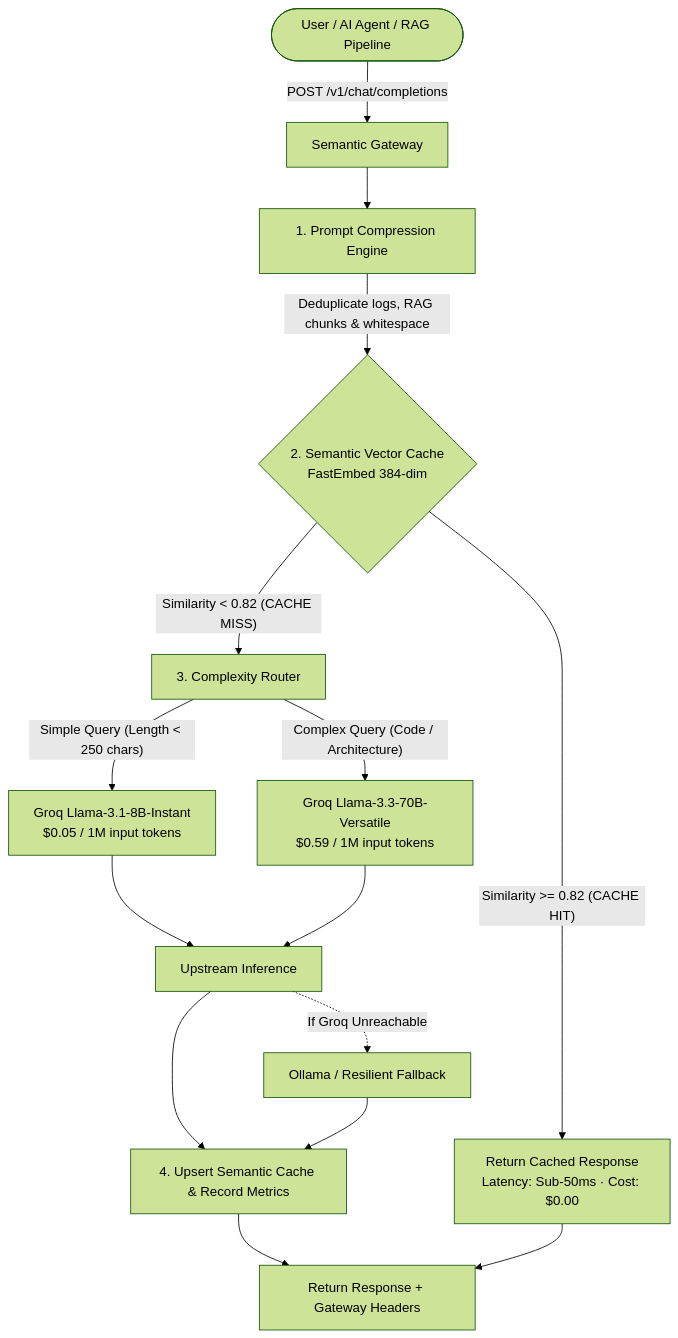
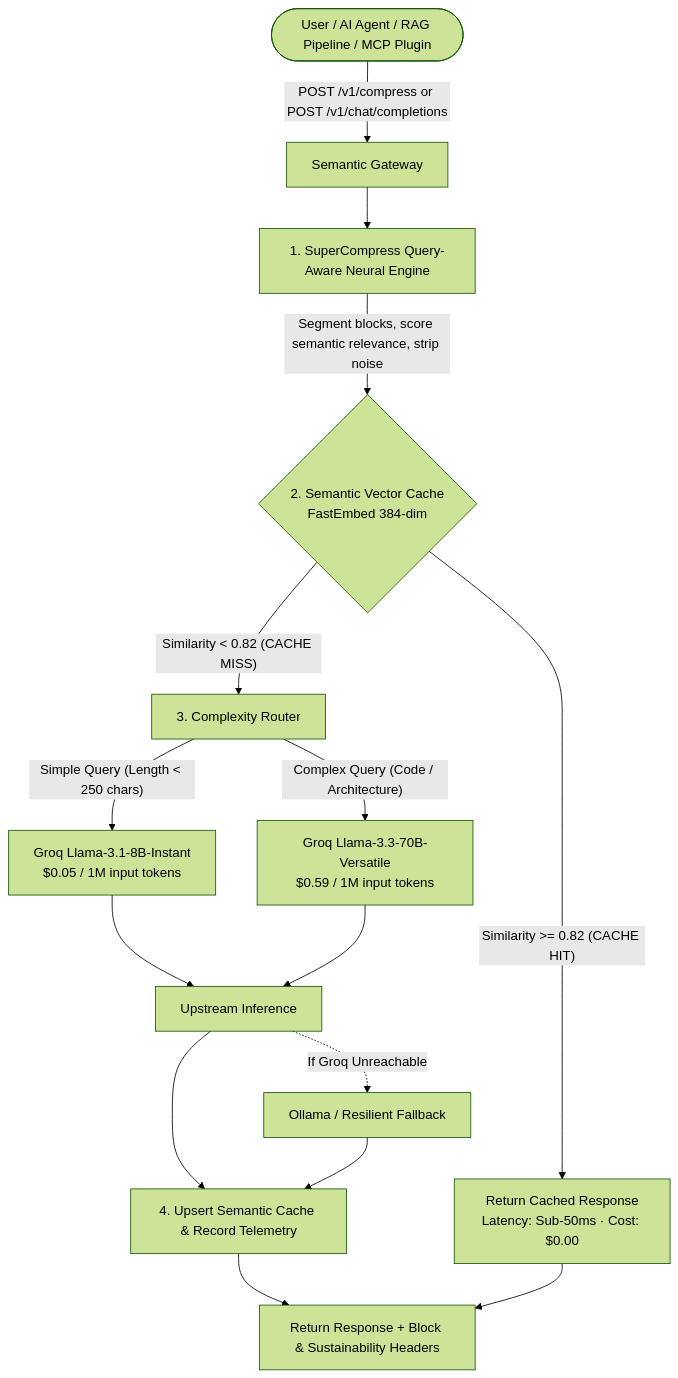
The diagram in README.md (anothercodingguy/SemanticLLM), drawn with Mermaid (forest theme) before and after one commit. The commit also changed other lines of this file and 5 other files, not shown here.

Commit message:
feat: Integrate SuperCompress query-aware neural compression engine, benchmarks, and MCP guide with unified branding

````diff
--- a/README.md
+++ b/README.md
@@ -15,25 +16,25 @@
 ```mermaid
 flowchart TD
-    User(["User / AI Agent / RAG Pipeline"]) -->|"POST /v1/chat/completions"| Gateway["Semantic Gateway"]
+    User(["User / AI Agent / RAG Pipeline / MCP Plugin"]) -->|"POST /v1/compress or POST /v1/chat/completions"| Gateway["Semantic Gateway"]
     
-    Gateway --> Compress["1. Prompt Compression Engine"]
-    Compress -->|"Deduplicate logs, RAG chunks & whitespace"| CacheCheck{"2. Semantic Vector Cache<br/>FastEmbed 384-dim"}
+    Gateway --> Compress["1. SuperCompress Query-Aware Neural Engine"]
+    Compress -->|"Segment blocks, score semantic relevance, strip noise"| CacheCheck{"2. Semantic Vector Cache<br/>FastEmbed 384-dim"}
     
     CacheCheck -->|"Similarity >= 0.82 (CACHE HIT)"| HitResp["Return Cached Response<br/>Latency: Sub-50ms · Cost: $0.00"]
     
     CacheCheck -->|"Similarity < 0.82 (CACHE MISS)"| Route["3. Complexity Router"]
     
     Route -->|"Simple Query (Length < 250 chars)"| M8B["Groq Llama-3.1-8B-Instant<br/>$0.05 / 1M input tokens"]
     Route -->|"Complex Query (Code / Architecture)"| M70B["Groq Llama-3.3-70B-Versatile<br/>$0.59 / 1M input tokens"]
     
     M8B --> Inference["Upstream Inference"]
     M70B --> Inference
     
     Inference -.->|"If Groq Unreachable"| Fallback["Ollama / Resilient Fallback"]
     
-    Inference --> Store["4. Upsert Semantic Cache & Record Metrics"]
+    Inference --> Store["4. Upsert Semantic Cache & Record Telemetry"]
     Fallback --> Store
     
-    Store --> ClientResponse["Return Response + Gateway Headers"]
+    Store --> ClientResponse["Return Response + Block & Sustainability Headers"]
     HitResp --> ClientResponse
 ```
````
